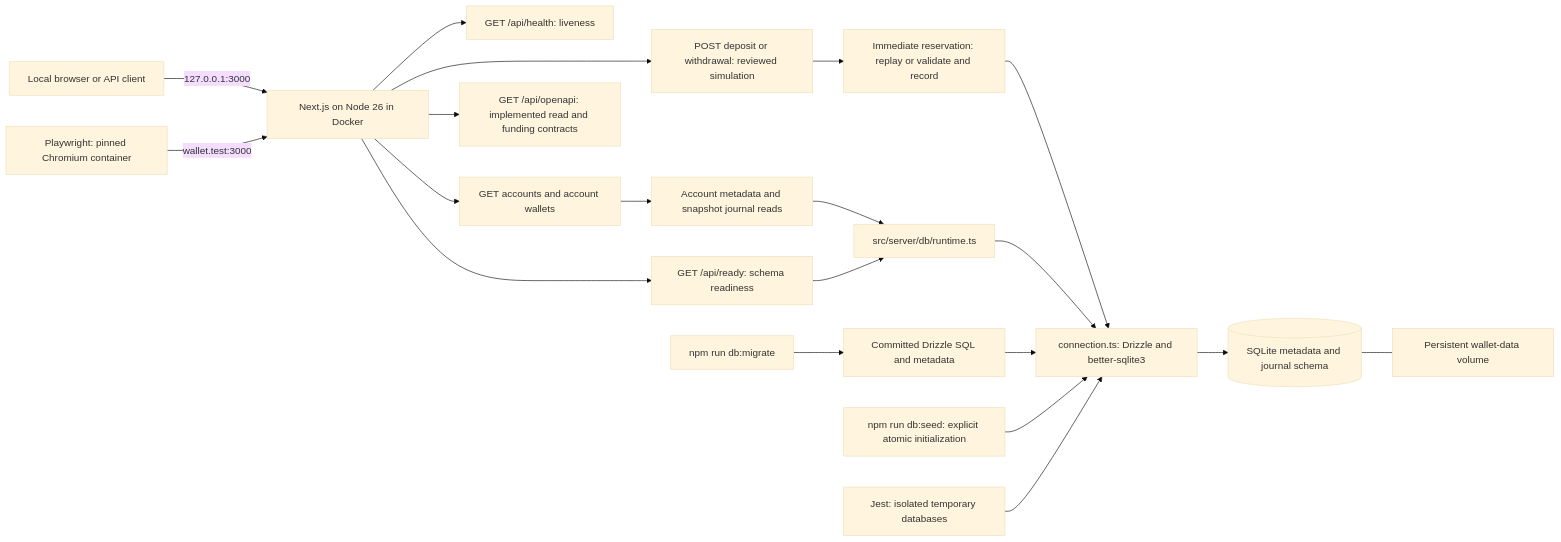
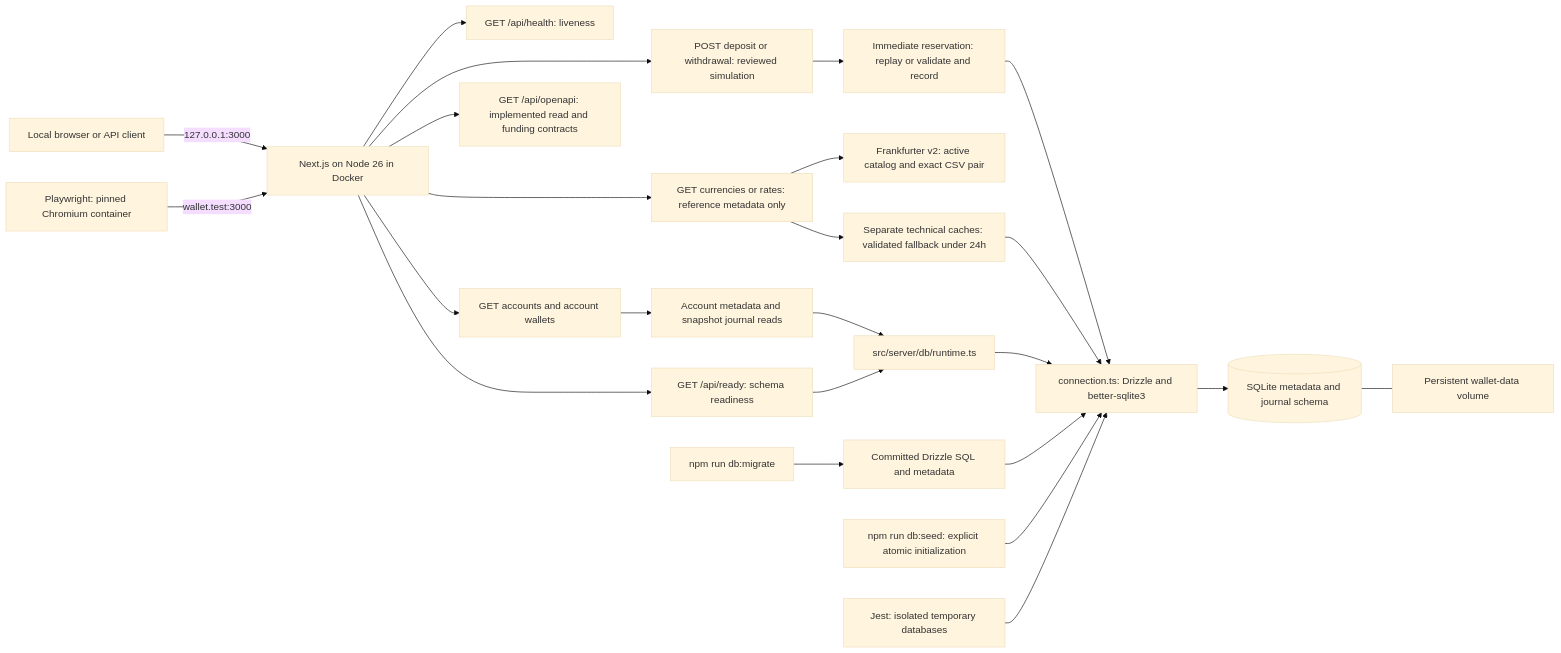
One commit to ahmadhafizh16/cocowallet changed the first of 9 diagrams in artifact/DIAGRAMS.md. Above: the diagram before and after it, drawn with Mermaid (base theme). The commit also changed other lines of this file and 18 other files, not shown here.

Commit message:
docs(rates): record fresh-first policy and verified reference milestone

````diff
--- a/artifact/DIAGRAMS.md
+++ b/artifact/DIAGRAMS.md
@@ -7,22 +7,26 @@
 ```mermaid
 flowchart LR
     Local[Local browser or API client] -->|127.0.0.1:3000| Next[Next.js on Node 26 in Docker]
     Next --> Health[GET /api/health: liveness]
     Next --> Ready[GET /api/ready: schema readiness]
     Next --> Reads[GET accounts and account wallets]
     Next --> Spec[GET /api/openapi: implemented read and funding contracts]
     Next --> Funding[POST deposit or withdrawal: reviewed simulation]
     Funding --> Atomic[Immediate reservation: replay or validate and record]
     Atomic --> Connection
+    Next --> Reference[GET currencies or rates: reference metadata only]
+    Reference --> Upstream[Frankfurter v2: active catalog and exact CSV pair]
+    Reference --> Cache[Separate technical caches: validated fallback under 24h]
+    Cache --> Connection
     Reads --> Services[Account metadata and snapshot journal reads]
     Services --> Runtime
     Ready --> Runtime[src/server/db/runtime.ts]
     Runtime --> Connection[connection.ts: Drizzle and better-sqlite3]
     CLI[npm run db:migrate] --> Migrations[Committed Drizzle SQL and metadata]
     Migrations --> Connection
     Seed[npm run db:seed: explicit atomic initialization] --> Connection
     Connection --> SQLite[(SQLite metadata and journal schema)]
     SQLite --- Volume[Persistent wallet-data volume]
     Jest[Jest: isolated temporary databases] --> Connection
     Browser[Playwright: pinned Chromium container] -->|wallet.test:3000| Next
 ```
````
